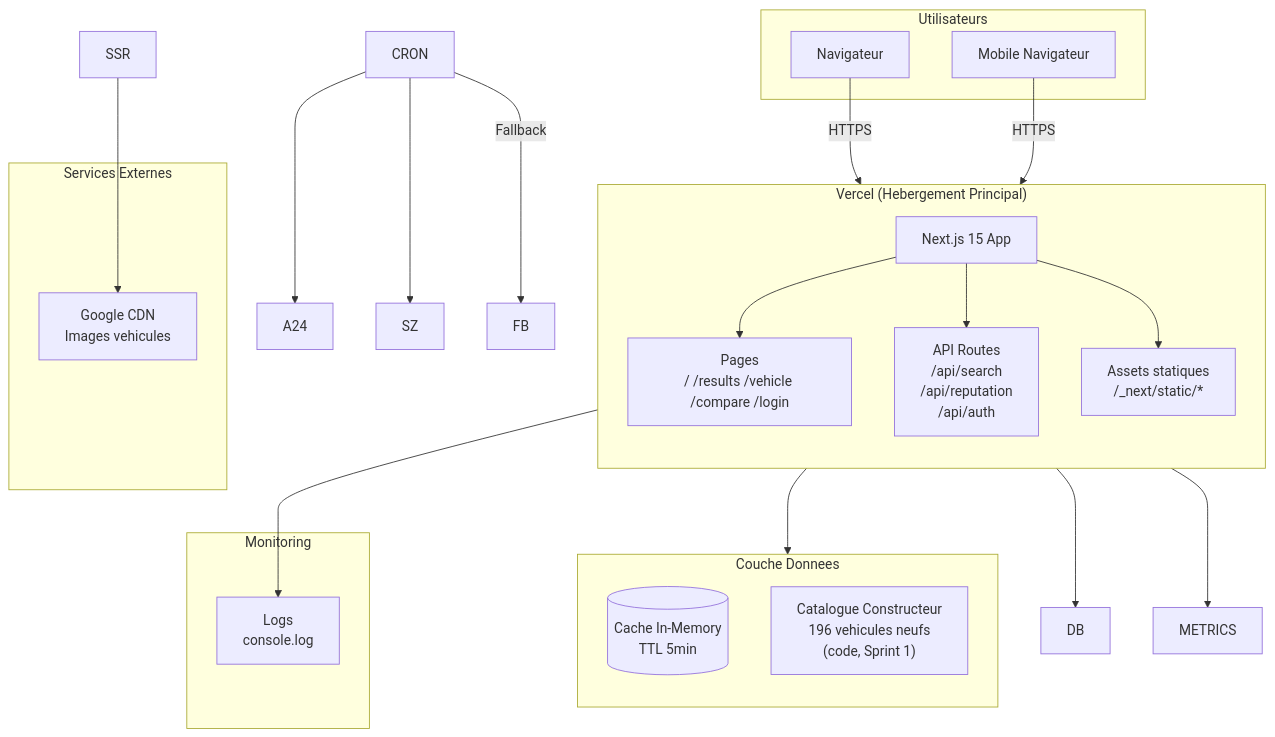
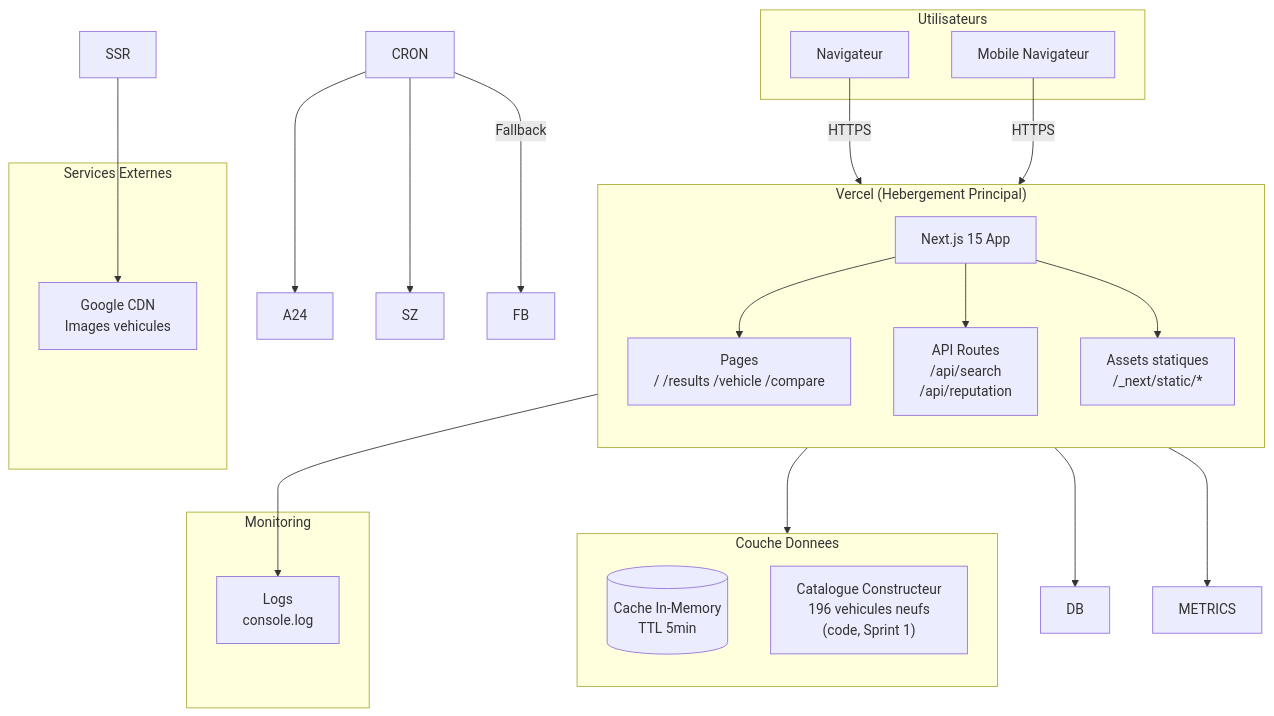
One commit to tahaaze/thiqti changed the first of 2 diagrams in docs/architecture/deployment.md. Above: the diagram before and after it, drawn with Mermaid. The commit also changed other lines of this file and 2 other files, not shown here.

Commit message:
docs: remove admin/auth references from README, runbook and deployment doc

````diff
--- a/docs/architecture/deployment.md
+++ b/docs/architecture/deployment.md
@@ -11,40 +11,40 @@
 ```mermaid
 graph TB
     subgraph "Utilisateurs"
         U1[" Navigateur"]
         U2[" Mobile Navigateur"]
     end
 
     subgraph "Vercel (Hebergement Principal)"
         direction TB
         VER[Next.js 15 App]
-        VER --> APP["Pages<br>/ /results /vehicle /compare /login"]
-        VER --> API["API Routes<br>/api/search<br>/api/reputation<br>/api/auth"]
+        VER --> APP["Pages<br>/ /results /vehicle /compare"]
+        VER --> API["API Routes<br>/api/search<br>/api/reputation"]
         VER --> STATIC["Assets statiques<br>/_next/static/*"]
     end
 
     subgraph "Couche Donnees"
         direction TB
         CACHE[("Cache In-Memory<br>TTL 5min")]
         CATALOG["Catalogue Constructeur<br>196 vehicules neufs<br>(code, Sprint 1)"]
     end
 
     subgraph "Services Externes"
         CDN["Google CDN<br>Images vehicules"]
     end
 
     subgraph "Monitoring"
         LOGS["Logs<br>console.log"]
     end
 
     U1 -->|HTTPS| VER
     U2 -->|HTTPS| VER
     API --> DB
     API --> CACHE
     CRON --> A24
     CRON --> SZ
     CRON -->|Fallback| FB
     SSR --> CDN
     API --> LOGS
     API --> METRICS
 ```
````
